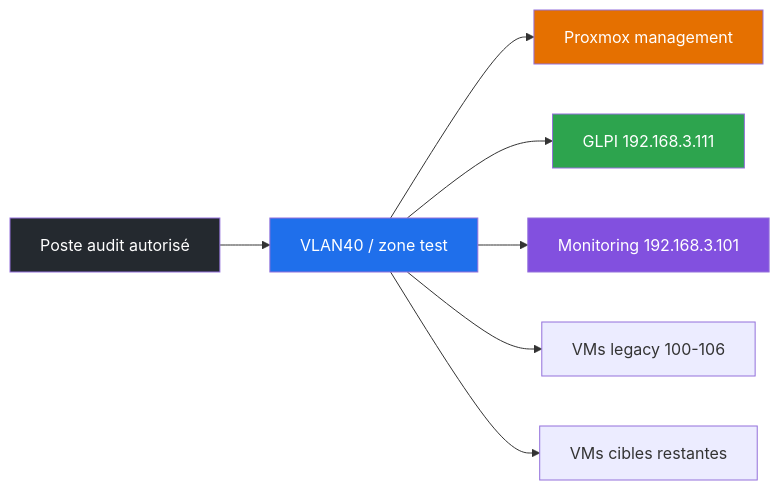
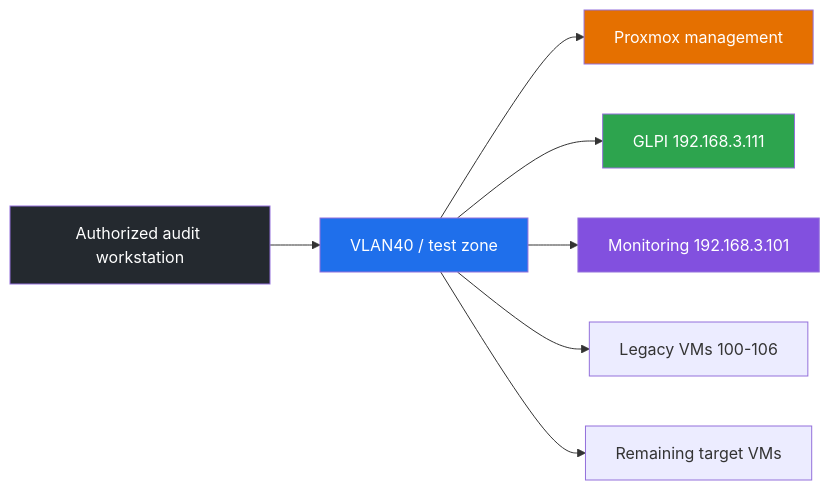
One commit to xbkh/showroom-hp-infrastructure changed the sixth of 7 diagrams in README.md. Above: the diagram before and after it, drawn with Mermaid. The commit also changed other lines of this file, not shown here.

````diff
--- a/README.md
+++ b/README.md
@@ -940,15 +944,15 @@
 ```mermaid
 flowchart LR
-    Kali[Poste audit autorisé] --> VLAN40[VLAN40 / zone test]
+    Kali[Authorized audit workstation] --> VLAN40[VLAN40 / test zone]
     VLAN40 --> PVE[Proxmox management]
     VLAN40 --> GLPI[GLPI 192.168.3.111]
     VLAN40 --> MON[Monitoring 192.168.3.101]
-    VLAN40 --> LEGACY[VMs legacy 100-106]
-    VLAN40 --> TARGETS[VMs cibles restantes]
+    VLAN40 --> LEGACY[Legacy VMs 100-106]
+    VLAN40 --> TARGETS[Remaining target VMs]
 
     style Kali fill:#24292f,color:#fff
     style VLAN40 fill:#1f6feb,color:#fff
     style PVE fill:#e57000,color:#fff
     style GLPI fill:#2da44e,color:#fff
     style MON fill:#8250df,color:#fff
 ```
````
